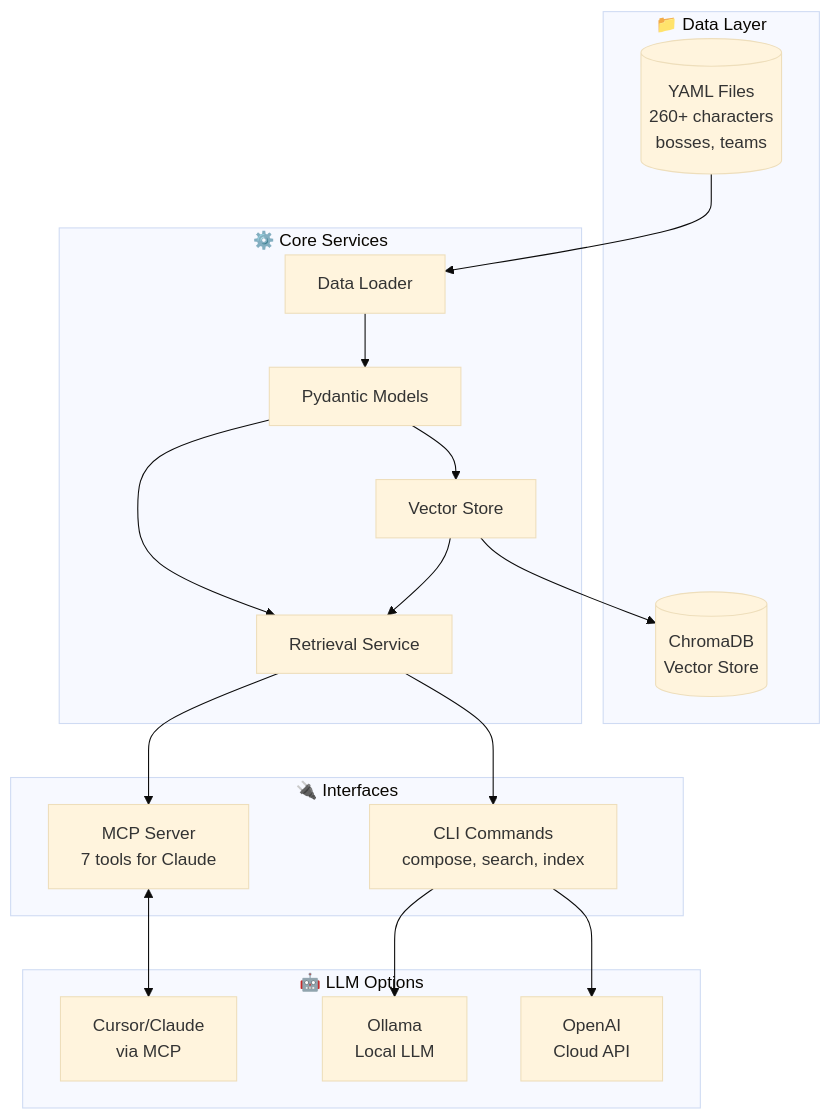
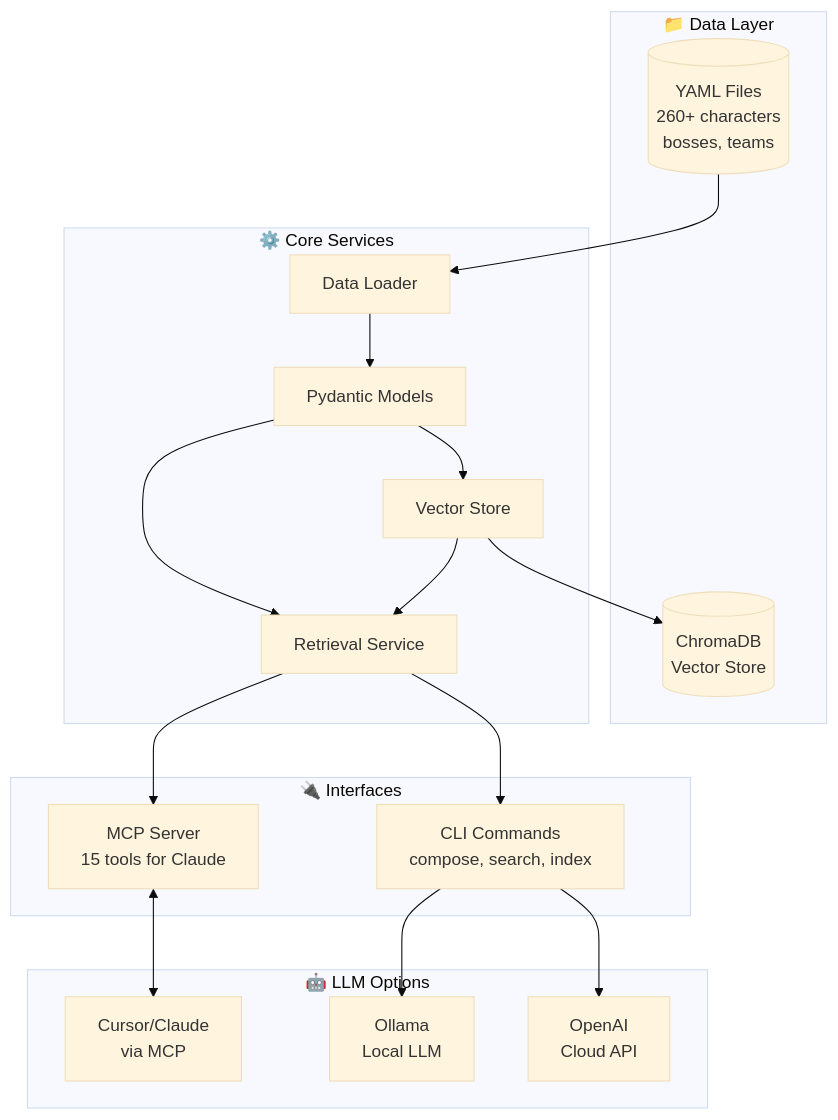
One commit to domgan/cotc-tactician changed the first of 2 diagrams in README.md. Above: the diagram before and after it, drawn with Mermaid (base theme). The commit also changed other lines of this file, not shown here.

````diff
--- a/README.md
+++ b/README.md
@@ -211,39 +212,39 @@
 ```mermaid
 flowchart TB
     subgraph data ["📁 Data Layer"]
         yaml[(YAML Files<br/>260+ characters<br/>bosses, teams)]
         chromadb[(ChromaDB<br/>Vector Store)]
     end
 
     subgraph core ["⚙️ Core Services"]
         loader[Data Loader]
         models[Pydantic Models]
         retrieval[Retrieval Service]
         vectors[Vector Store]
     end
 
     subgraph interfaces ["🔌 Interfaces"]
         cli[CLI Commands<br/>compose, search, index]
-        mcp[MCP Server<br/>7 tools for Claude]
+        mcp[MCP Server<br/>15 tools for Claude]
     end
 
     subgraph llm ["🤖 LLM Options"]
         cursor[Cursor/Claude<br/>via MCP]
         ollama[Ollama<br/>Local LLM]
         openai[OpenAI<br/>Cloud API]
     end
 
     yaml --> loader
     loader --> models
     models --> vectors
     vectors --> chromadb
     models --> retrieval
     vectors --> retrieval
     
     retrieval --> cli
     retrieval --> mcp
     
     cli --> ollama
     cli --> openai
     mcp <--> cursor
 ```
````
